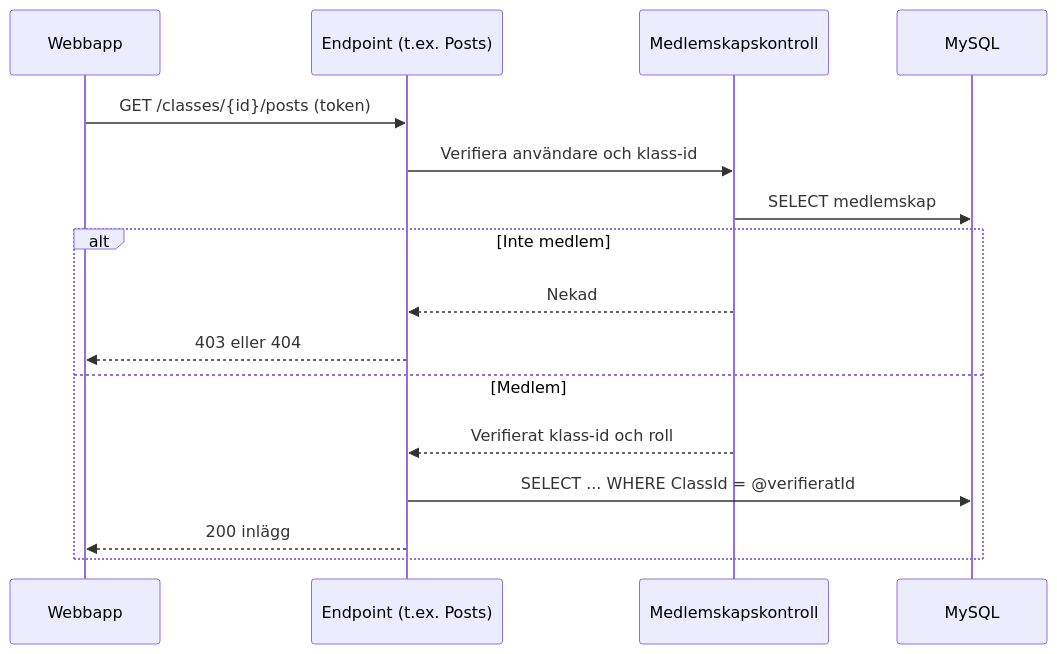
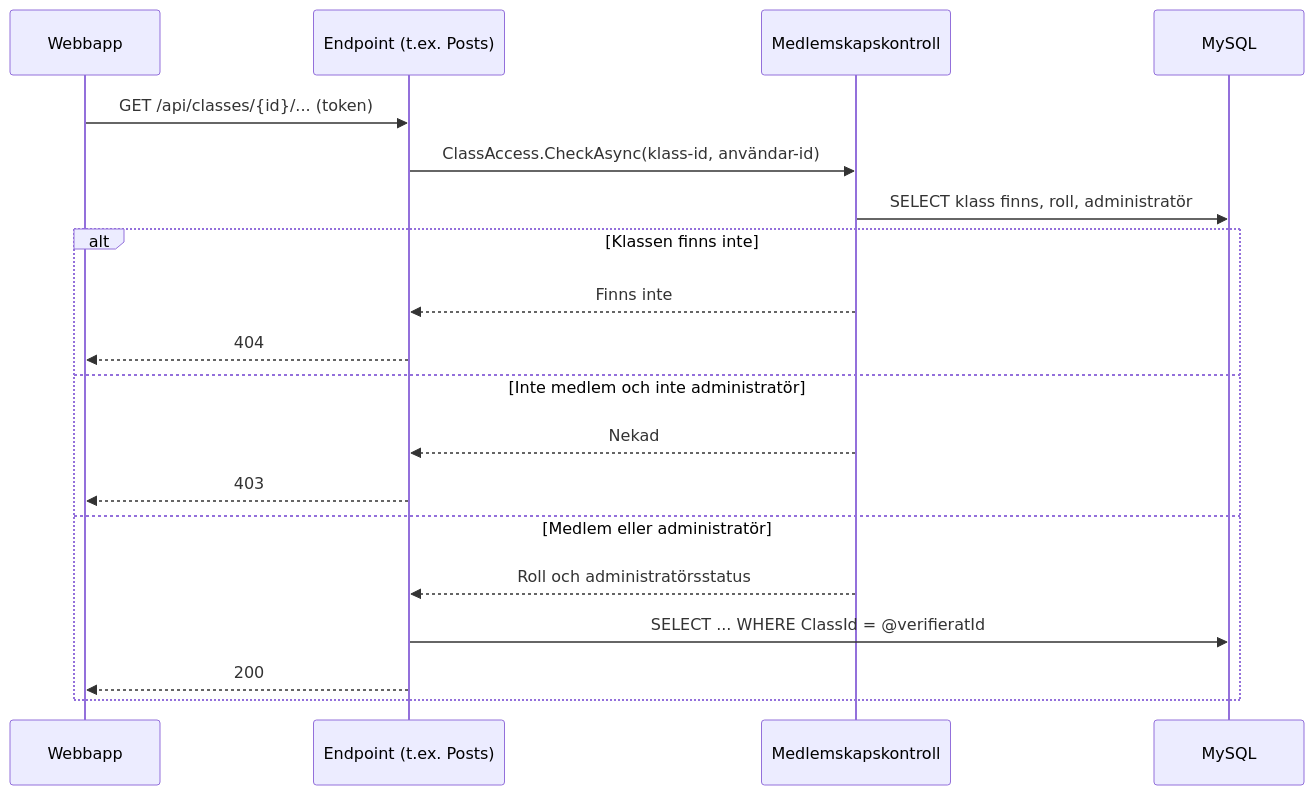
Before and after one commit to WeeHorse/Klassologi: the third of 3 diagrams in Specifications/Architecture.md, drawn with Mermaid. The commit also changed other lines of this file and 16 other files, not shown here.

First line of the commit message:
Add classes, memberships and class access control (UC-01, UC-03)

````diff
--- a/Specifications/Architecture.md
+++ b/Specifications/Architecture.md
@@ -83,19 +85,22 @@
 ```mermaid
 sequenceDiagram
     participant W as Webbapp
     participant E as Endpoint (t.ex. Posts)
     participant M as Medlemskapskontroll
     participant D as MySQL
 
-    W->>E: GET /classes/{id}/posts (token)
-    E->>M: Verifiera användare och klass-id
-    M->>D: SELECT medlemskap
-    alt Inte medlem
+    W->>E: GET /api/classes/{id}/... (token)
+    E->>M: ClassAccess.CheckAsync(klass-id, användar-id)
+    M->>D: SELECT klass finns, roll, administratör
+    alt Klassen finns inte
+        M-->>E: Finns inte
+        E-->>W: 404
+    else Inte medlem och inte administratör
         M-->>E: Nekad
-        E-->>W: 403 eller 404
-    else Medlem
-        M-->>E: Verifierat klass-id och roll
+        E-->>W: 403
+    else Medlem eller administratör
+        M-->>E: Roll och administratörsstatus
         E->>D: SELECT ... WHERE ClassId = @verifieratId
-        E-->>W: 200 inlägg
+        E-->>W: 200
     end
 ```
````
